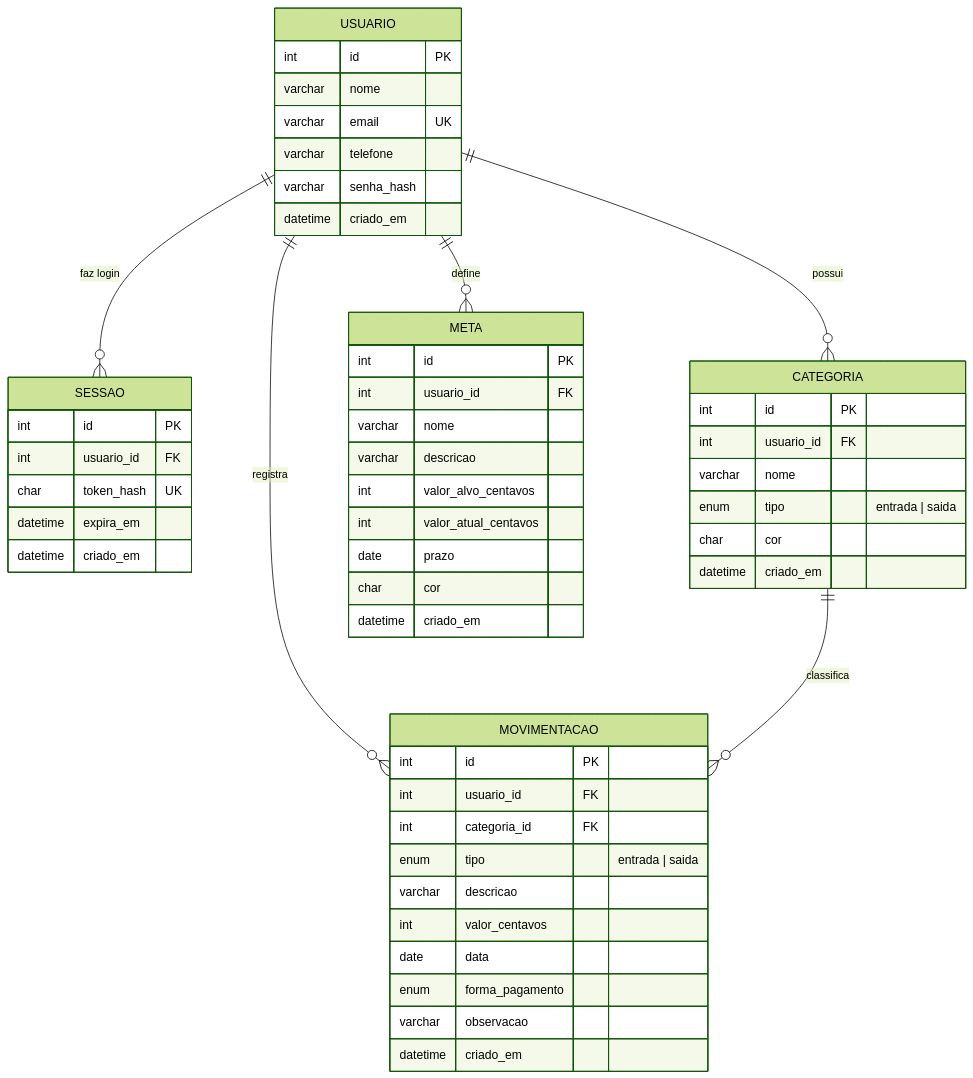
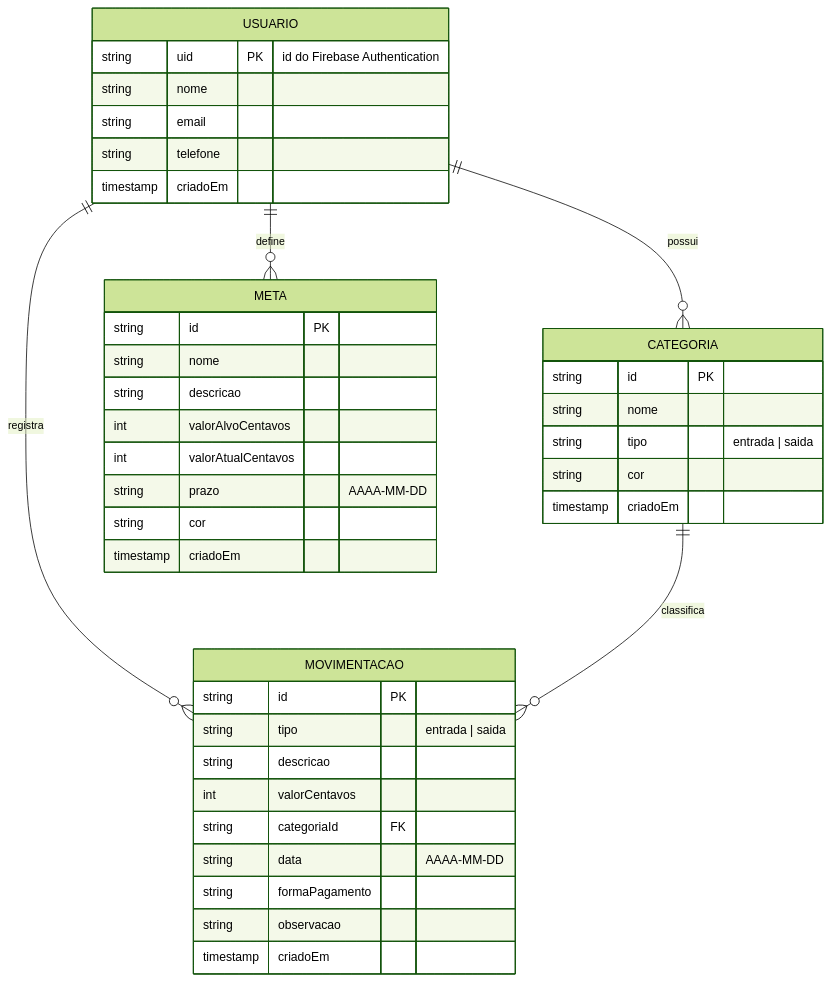
One commit to JCHGBC/TCC-CORTA-A- changed the diagram in docs/banco-de-dados.md. Above: the diagram before and after it, drawn with Mermaid (forest theme). The commit also changed other lines of this file and 46 other files, not shown here.

First line of the commit message:
Migra o back-end de PHP/MySQL para Firebase (Authentication + Firestore)

````diff
--- a/docs/banco-de-dados.md
+++ b/docs/banco-de-dados.md
@@ -9,55 +19,43 @@
 ```mermaid
 erDiagram
-  USUARIO ||--o{ SESSAO : "faz login"
   USUARIO ||--o{ CATEGORIA : possui
   USUARIO ||--o{ MOVIMENTACAO : registra
   USUARIO ||--o{ META : define
   CATEGORIA ||--o{ MOVIMENTACAO : classifica
 
   USUARIO {
-    int id PK
-    varchar nome
-    varchar email UK
-    varchar telefone
-    varchar senha_hash
-    datetime criado_em
-  }
-  SESSAO {
-    int id PK
-    int usuario_id FK
-    char token_hash UK
-    datetime expira_em
-    datetime criado_em
+    string uid PK "id do Firebase Authentication"
+    string nome
+    string email
+    string telefone
+    timestamp criadoEm
   }
   CATEGORIA {
-    int id PK
-    int usuario_id FK
-    varchar nome
-    enum tipo "entrada | saida"
-    char cor
-    datetime criado_em
+    string id PK
+    string nome
+    string tipo "entrada | saida"
+    string cor
+    timestamp criadoEm
   }
   MOVIMENTACAO {
-    int id PK
-    int usuario_id FK
-    int categoria_id FK
-    enum tipo "entrada | saida"
-    varchar descricao
-    int valor_centavos
-    date data
-    enum forma_pagamento
-    varchar observacao
-    datetime criado_em
+    string id PK
+    string tipo "entrada | saida"
+    string descricao
+    int valorCentavos
+    string categoriaId FK
+    string data "AAAA-MM-DD"
+    string formaPagamento
+    string observacao
+    timestamp criadoEm
   }
   META {
-    int id PK
-    int usuario_id FK
-    varchar nome
-    varchar descricao
-    int valor_alvo_centavos
-    int valor_atual_centavos
-    date prazo
-    char cor
-    datetime criado_em
+    string id PK
+    string nome
+    string descricao
+    int valorAlvoCentavos
+    int valorAtualCentavos
+    string prazo "AAAA-MM-DD"
+    string cor
+    timestamp criadoEm
   }
 ```
````
